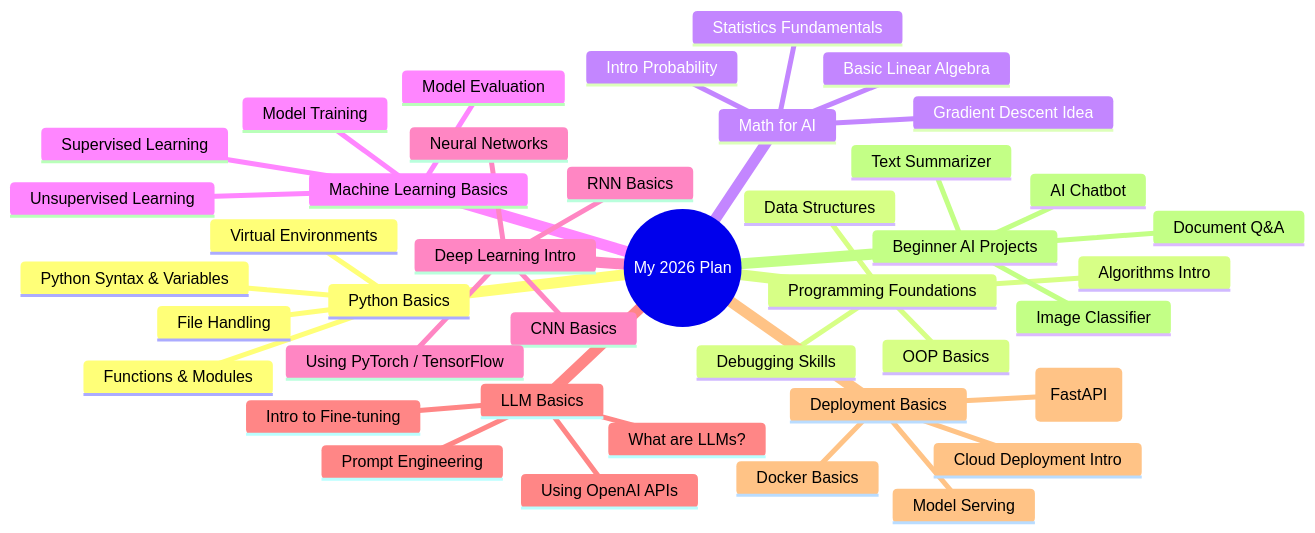
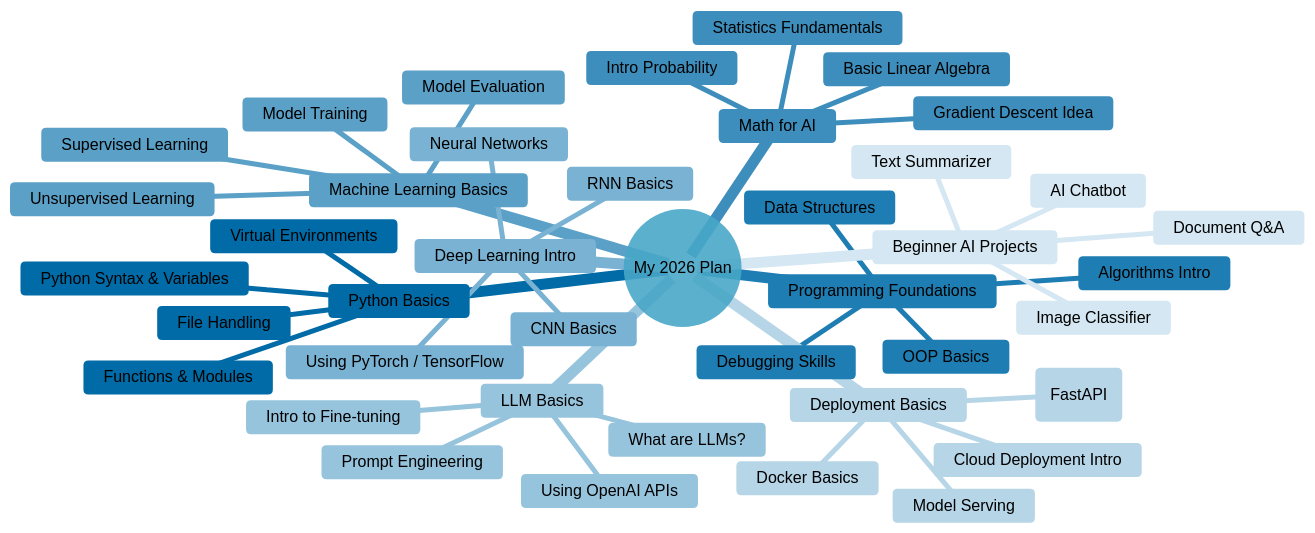
The diagram in readme.md (Sudo-Ali-Dev/sudo-ali-dev), drawn with Mermaid before and after one commit.

````diff
--- a/readme.md
+++ b/readme.md
@@ -1,53 +1,77 @@
 ```mermaid
+%%{init: {
+  "theme": "base",
+  "themeVariables": {
+    "primaryTextColor": "#000000",
+    "primaryColor": "#a9d6e5e3",
+
+
+    "cScale0": "#006ba7",
+    "cScale1": "#006ba7",
+    "cScale2": "#1e7db2",
+    "cScale3": "#3d8ebc",
+
+    "cScale4": "#5ba0c7",
+    "cScale5": "#79b2d2",
+    "cScale6": "#97c4dd",
+    "cScale7": "#b6d5e7",
+
+    "cScale8": "#d4e7f2",
+    "cScale9": "#2fffff",
+    "cScale10": "#2fffff",
+    "cScale11": "#2fffff"
+  }
+}}%%
+
 mindmap
   root((My 2026 Plan))
 
     Python Basics
       Python Syntax & Variables
       Functions & Modules
       File Handling
       Virtual Environments
 
     Programming Foundations
       OOP Basics
       Data Structures
       Algorithms Intro
       Debugging Skills
 
     Math for AI
       Basic Linear Algebra
       Intro Probability
       Statistics Fundamentals
       Gradient Descent Idea
 
     Machine Learning Basics
       Supervised Learning
       Unsupervised Learning
       Model Training
       Model Evaluation
 
     Deep Learning Intro
       Neural Networks
       CNN Basics
       RNN Basics
       Using PyTorch / TensorFlow
 
     LLM Basics
       What are LLMs?
       Prompt Engineering
       Using OpenAI APIs
       Intro to Fine-tuning
 
     Deployment Basics
       Building APIs (FastAPI)
       Model Serving
       Docker Basics
       Cloud Deployment Intro
 
     Beginner AI Projects
       AI Chatbot
       Image Classifier
       Text Summarizer
       Document Q&A
 
 ```
````
